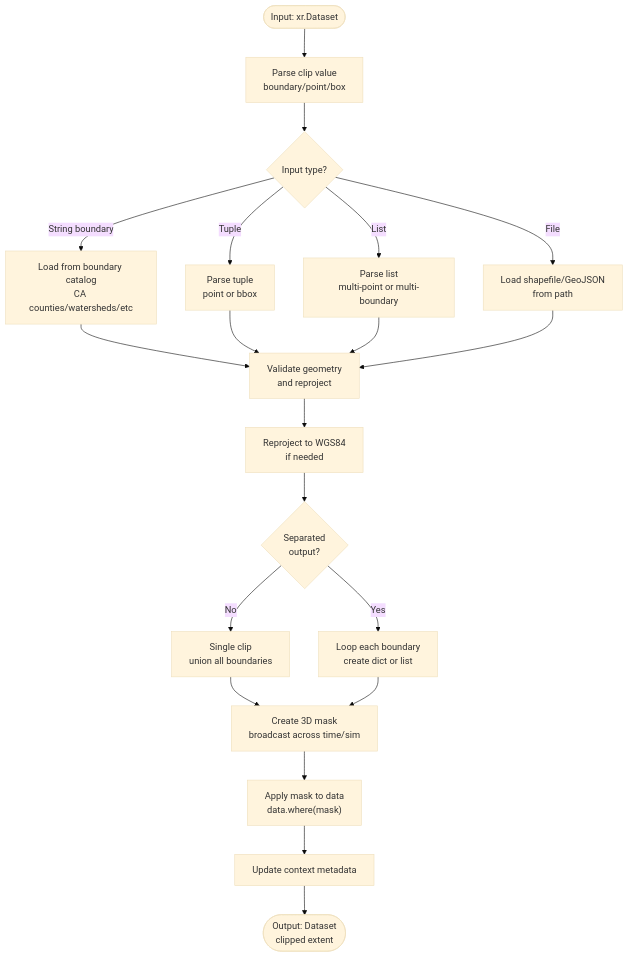
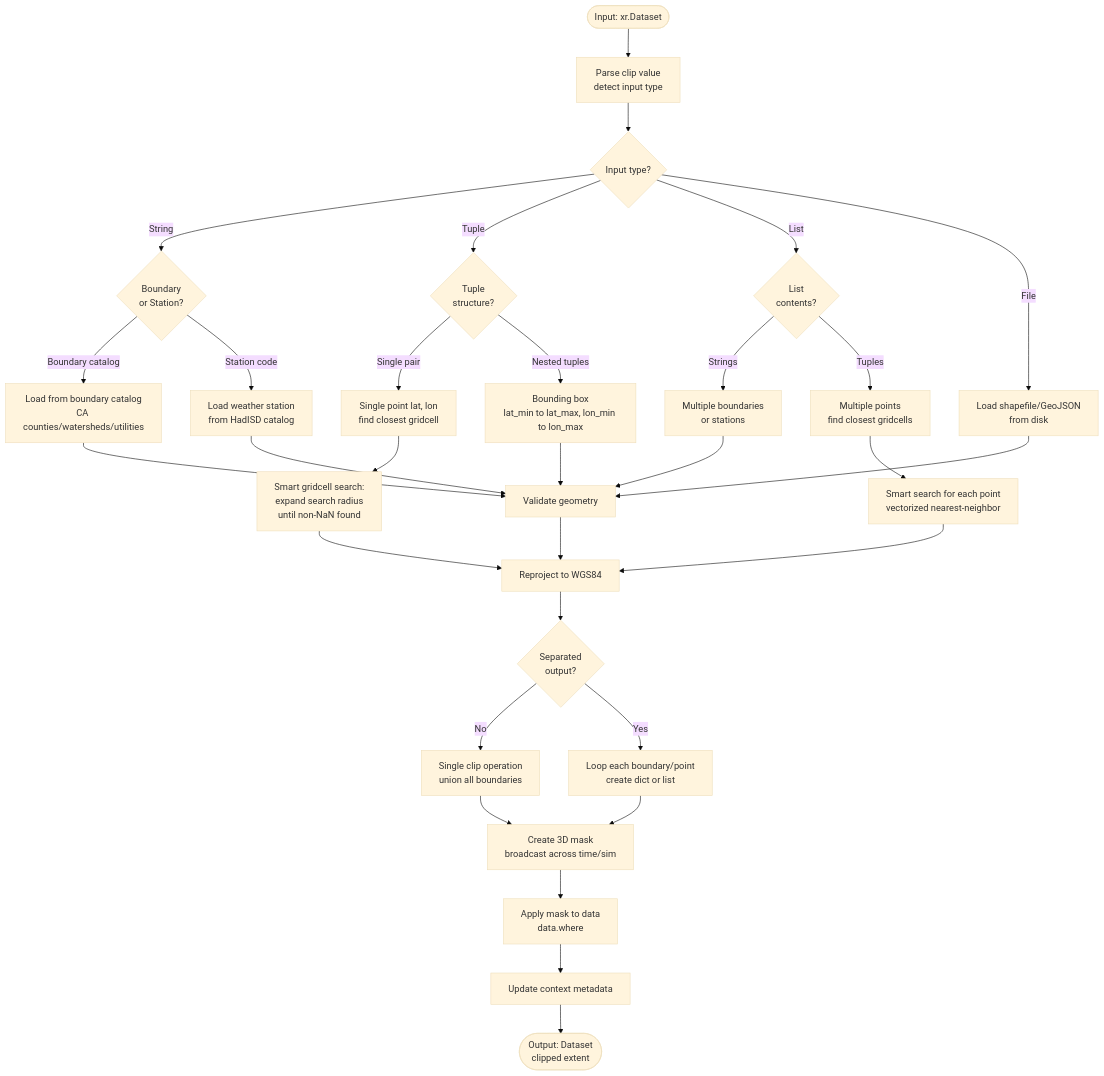
Before and after one commit to cal-adapt/climakitae: the diagram in docs-mkdocs/new-core/processors/clip.md, drawn with Mermaid (base theme). The commit also changed other lines of this file and 2 other files, not shown here.

````diff
--- a/docs-mkdocs/new-core/processors/clip.md
+++ b/docs-mkdocs/new-core/processors/clip.md
@@ -9,45 +11,60 @@
 ```mermaid
 flowchart TD
-    Start([Input: xr.Dataset]) --> ParseValue["Parse clip value<br/>boundary/point/box"]
+    Start([Input: xr.Dataset]) --> ParseValue["Parse clip value<br/>detect input type"]
     
     ParseValue --> CheckType{Input type?}
     
-    CheckType -->|String boundary| LoadBoundary["Load from boundary catalog<br/>CA counties/watersheds/etc"]
-    CheckType -->|Tuple| ParseTuple["Parse tuple<br/>point or bbox"]
-    CheckType -->|List| ParseList["Parse list<br/>multi-point or multi-boundary"]
-    CheckType -->|File| LoadFile["Load shapefile/GeoJSON<br/>from path"]
+    CheckType -->|String| StringCheck{Boundary<br/>or Station?}
+    StringCheck -->|Boundary catalog| LoadBoundary["Load from boundary catalog<br/>CA counties/watersheds/utilities"]
+    StringCheck -->|Station code| LoadStation["Load weather station<br/>from HadISD catalog"]
     
-    LoadBoundary --> ValidateGeom["Validate geometry<br/>and reproject"]
-    ParseTuple --> ValidateGeom
-    ParseList --> ValidateGeom
+    CheckType -->|Tuple| TupleCheck{Tuple<br/>structure?}
+    TupleCheck -->|Single pair| SinglePoint["Single point lat, lon<br/>find closest gridcell"]
+    TupleCheck -->|Nested tuples| BBox["Bounding box<br/>lat_min to lat_max, lon_min to lon_max"]
+    
+    CheckType -->|List| ListCheck{List<br/>contents?}
+    ListCheck -->|Strings| MultiBoundary["Multiple boundaries<br/>or stations"]
+    ListCheck -->|Tuples| MultiPoint["Multiple points<br/>find closest gridcells"]
+    
+    CheckType -->|File| LoadFile["Load shapefile/GeoJSON<br/>from disk"]
+    
+    LoadBoundary --> ValidateGeom["Validate geometry"]
+    LoadStation --> ValidateGeom
+    SinglePoint --> SmartPoint["Smart gridcell search:<br/>expand search radius<br/>until non-NaN found"]
+    BBox --> ValidateGeom
+    MultiBoundary --> ValidateGeom
+    MultiPoint --> SmartSearch["Smart search for each point<br/>vectorized nearest-neighbor"]
     LoadFile --> ValidateGeom
     
-    ValidateGeom --> ToWGS["Reproject to WGS84<br/>if needed"]
+    SmartPoint --> Reproject["Reproject to WGS84"]
+    SmartSearch --> Reproject
+    ValidateGeom --> Reproject
     
-    ToWGS --> CheckSeparated{Separated<br/>output?}
+    Reproject --> CheckSeparated{Separated<br/>output?}
     
-    CheckSeparated -->|No| SingleClip["Single clip<br/>union all boundaries"]
-    CheckSeparated -->|Yes| LoopClip["Loop each boundary<br/>create dict or list"]
+    CheckSeparated -->|No| SingleClip["Single clip operation<br/>union all boundaries"]
+    CheckSeparated -->|Yes| LoopClip["Loop each boundary/point<br/>create dict or list"]
     
     SingleClip --> Mask3D["Create 3D mask<br/>broadcast across time/sim"]
     LoopClip --> Mask3D
     
-    Mask3D --> ApplyMask["Apply mask to data<br/>data.where(mask)"]
+    Mask3D --> ApplyMask["Apply mask to data<br/>data.where"]
     
     ApplyMask --> UpdateCtx["Update context metadata"]
     
     UpdateCtx --> End([Output: Dataset<br/>clipped extent])
     
-    click ParseValue "https://github.com/cal-adapt/climakitae/blob/main/climakitae/new_core/processors/clip.py#L95" "Parse clip value"
-    click LoadBoundary "https://github.com/cal-adapt/climakitae/blob/main/climakitae/new_core/processors/clip.py#L120" "Load from boundary catalog"
-    click ParseTuple "https://github.com/cal-adapt/climakitae/blob/main/climakitae/new_core/processors/clip.py#L145" "Parse tuple"
-    click ParseList "https://github.com/cal-adapt/climakitae/blob/main/climakitae/new_core/processors/clip.py#L165" "Parse list"
-    click LoadFile "https://github.com/cal-adapt/climakitae/blob/main/climakitae/new_core/processors/clip.py#L185" "Load shapefile/GeoJSON"
-    click ValidateGeom "https://github.com/cal-adapt/climakitae/blob/main/climakitae/new_core/processors/clip.py#L200" "Validate geometry"
-    click ToWGS "https://github.com/cal-adapt/climakitae/blob/main/climakitae/new_core/processors/clip.py#L215" "Reproject to WGS84"
-    click SingleClip "https://github.com/cal-adapt/climakitae/blob/main/climakitae/new_core/processors/clip.py#L230" "Single clip"
-    click LoopClip "https://github.com/cal-adapt/climakitae/blob/main/climakitae/new_core/processors/clip.py#L245" "Loop each boundary"
-    click Mask3D "https://github.com/cal-adapt/climakitae/blob/main/climakitae/new_core/processors/clip.py#L260" "Create 3D mask"
-    click ApplyMask "https://github.com/cal-adapt/climakitae/blob/main/climakitae/new_core/processors/clip.py#L275" "Apply mask to data"
-    click UpdateCtx "https://github.com/cal-adapt/climakitae/blob/main/climakitae/new_core/processors/clip.py#L290" "Update context metadata"
+    click ParseValue "https://github.com/cal-adapt/climakitae/blob/main/climakitae/new_core/processors/clip.py#L230" "Input type detection"
+    click StringCheck "https://github.com/cal-adapt/climakitae/blob/main/climakitae/new_core/processors/clip.py#L260" "String boundary vs station"
+    click LoadBoundary "https://github.com/cal-adapt/climakitae/blob/main/climakitae/new_core/processors/clip.py#L290" "Load from boundary catalog"
+    click LoadStation "https://github.com/cal-adapt/climakitae/blob/main/climakitae/new_core/processors/clip.py#L310" "Load weather station"
+    click SinglePoint "https://github.com/cal-adapt/climakitae/blob/main/climakitae/new_core/processors/clip.py#L330" "Single point clipping"
+    click BBox "https://github.com/cal-adapt/climakitae/blob/main/climakitae/new_core/processors/clip.py#L350" "Bounding box clipping"
+    click SmartPoint "https://github.com/cal-adapt/climakitae/blob/main/climakitae/new_core/processors/clip.py#L400" "Smart gridcell search algorithm"
+    click SmartSearch "https://github.com/cal-adapt/climakitae/blob/main/climakitae/new_core/processors/clip.py#L420" "Multi-point nearest-neighbor"
+    click ValidateGeom "https://github.com/cal-adapt/climakitae/blob/main/climakitae/new_core/processors/clip.py#L450" "Validate geometry integrity"
+    click Reproject "https://github.com/cal-adapt/climakitae/blob/main/climakitae/new_core/processors/clip.py#L470" "Reproject to WGS84"
+    click Mask3D "https://github.com/cal-adapt/climakitae/blob/main/climakitae/new_core/processors/clip.py#L490" "Broadcast mask to 3D"
+    click ApplyMask "https://github.com/cal-adapt/climakitae/blob/main/climakitae/new_core/processors/clip.py#L510" "Apply rioxarray mask"
+    click UpdateCtx "https://github.com/cal-adapt/climakitae/blob/main/climakitae/new_core/processors/clip.py#L530" "Record clipped region"
 ```
````
